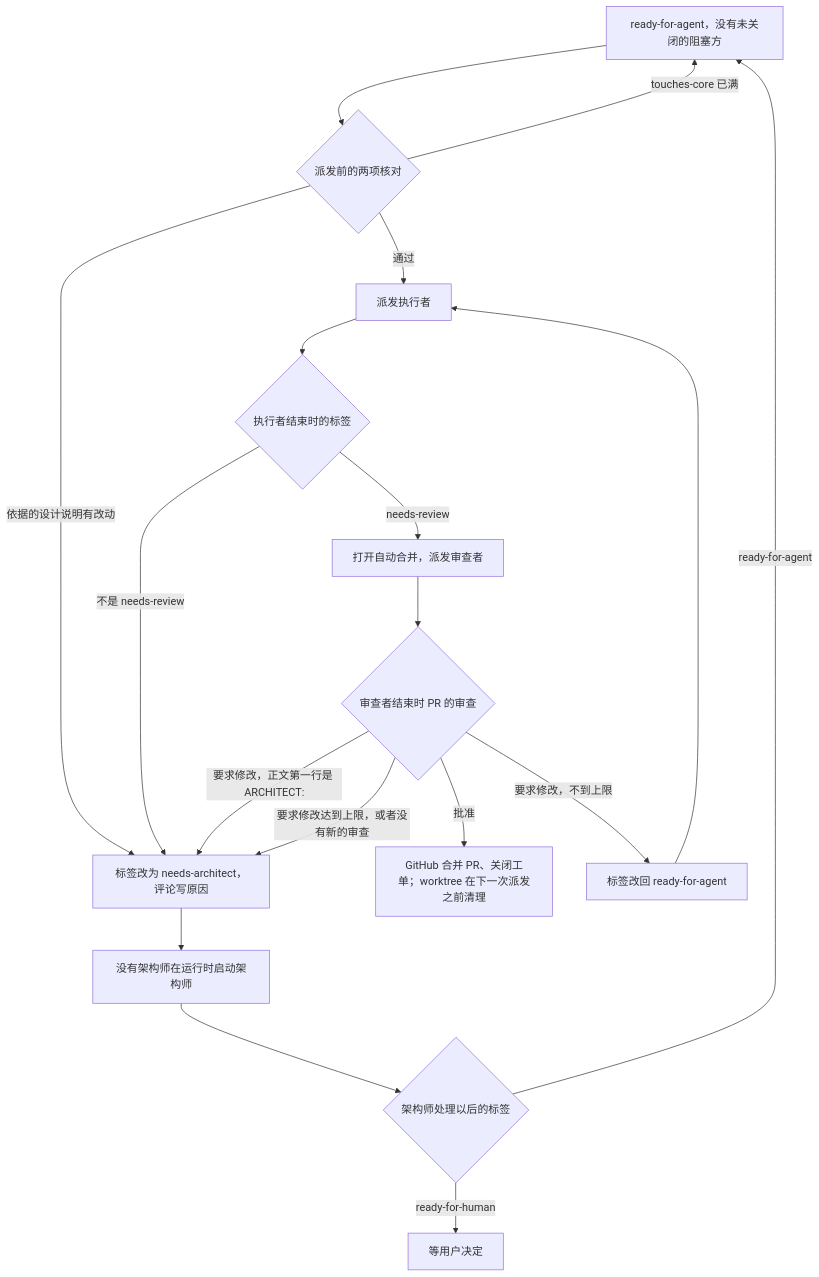
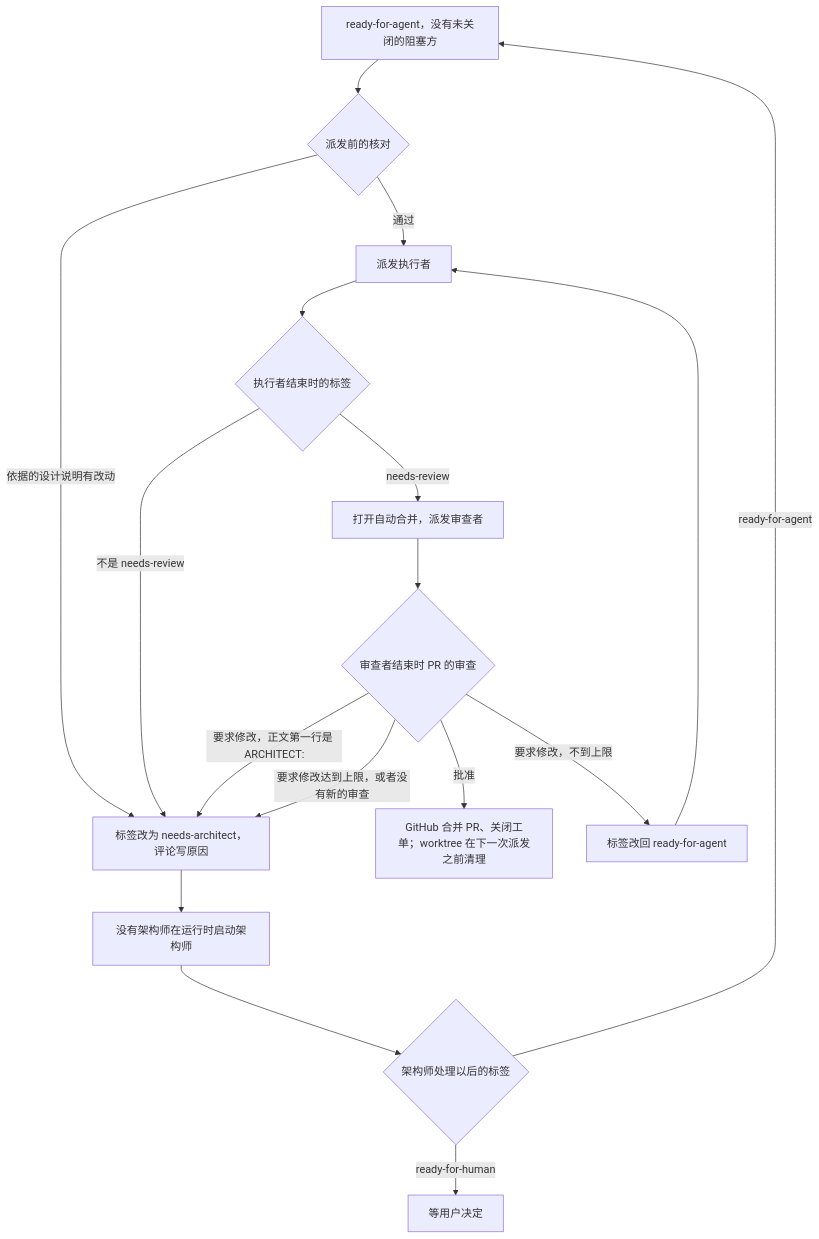
Before and after one commit to bender2333/yudao: the diagram in docs/agents/dispatcher.md, drawn with Mermaid. The commit also changed other lines of this file and 13 other files, not shown here.

Commit message:
取消 touches-core 的同时张数限制：同时可做的工单不改同一处，冲突按拆分问题交回

````diff
--- a/docs/agents/dispatcher.md
+++ b/docs/agents/dispatcher.md
@@ -24,20 +24,19 @@
 ```mermaid
 flowchart TD
-    R[ready-for-agent，没有未关闭的阻塞方] --> C{派发前的两项核对}
+    R[ready-for-agent，没有未关闭的阻塞方] --> C{派发前的核对}
     C -- 依据的设计说明有改动 --> N[标签改为 needs-architect，评论写原因]
-    C -- touches-core 已满 --> R
     C -- 通过 --> E[派发执行者]
     E --> X{执行者结束时的标签}
     X -- needs-review --> A[打开自动合并，派发审查者]
     X -- 不是 needs-review --> N
     A --> V{审查者结束时 PR 的审查}
     V -- 批准 --> M[GitHub 合并 PR、关闭工单；worktree 在下一次派发之前清理]
     V -- 要求修改，不到上限 --> B[标签改回 ready-for-agent]
     B --> E
     V -- 要求修改，正文第一行是 ARCHITECT: --> N
     V -- 要求修改达到上限，或者没有新的审查 --> N
     N --> W[没有架构师在运行时启动架构师]
     W --> Q{架构师处理以后的标签}
     Q -- ready-for-agent --> R
     Q -- ready-for-human --> H[等用户决定]
 ```
````
